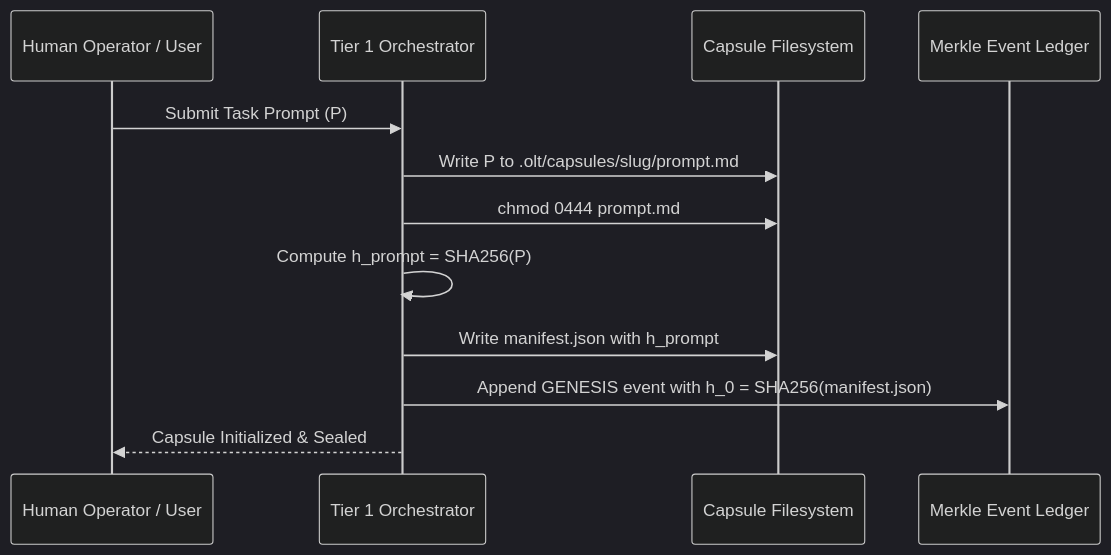
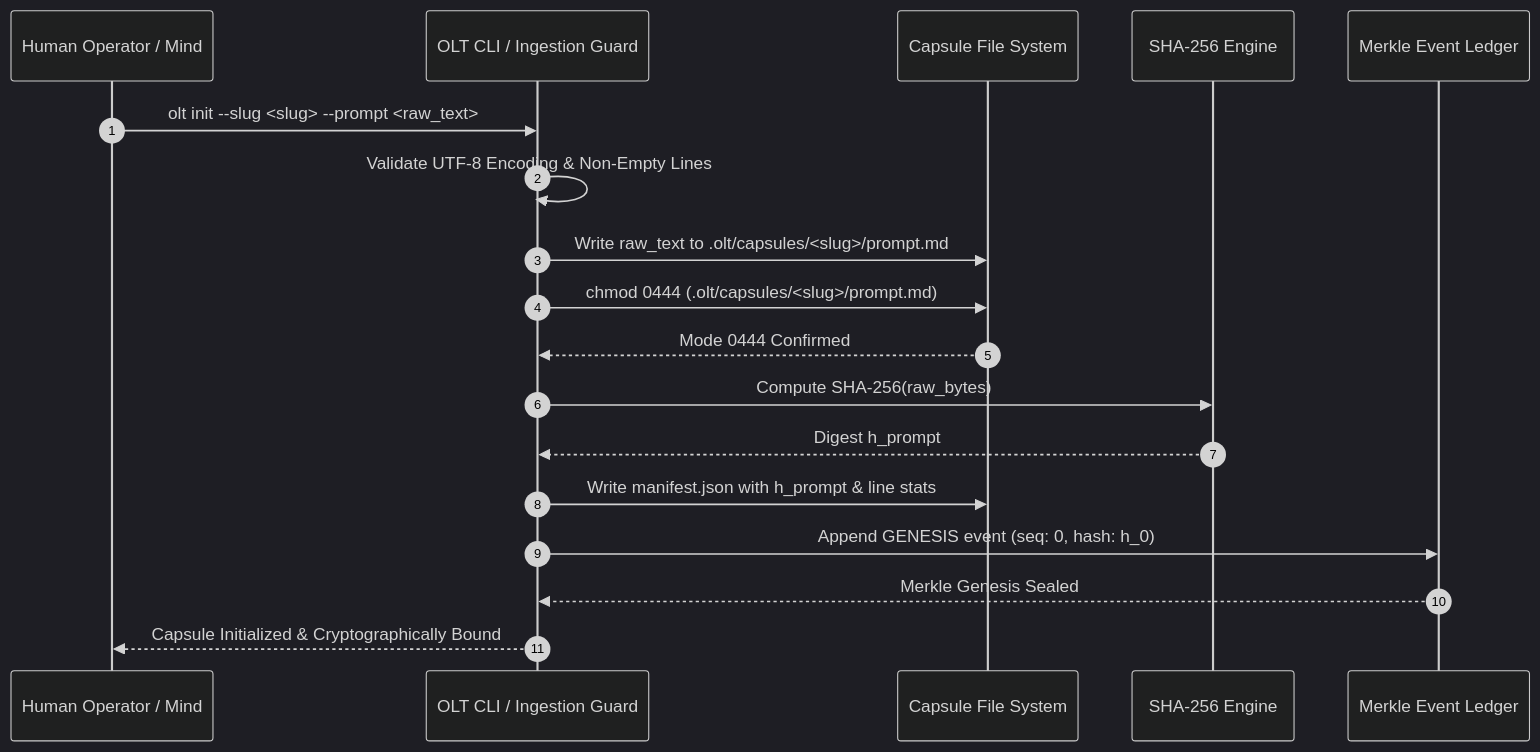
The diagram in docs/olt/architecture/04-continuous-preplanning-factory/04-01-prompt-ingestion-and-sha256-binding.md (onurseckin/skills), drawn with Mermaid (dark theme) before and after one commit. The commit also changed other lines of this file and 163 other files, not shown here.

````diff
--- a/docs/olt/architecture/04-continuous-preplanning-factory/04-01-prompt-ingestion-and-sha256-binding.md
+++ b/docs/olt/architecture/04-continuous-preplanning-factory/04-01-prompt-ingestion-and-sha256-binding.md
@@ -58,15 +119,21 @@
 ```mermaid
 sequenceDiagram
-    participant User as Human Operator / User
-    participant Orch as Tier 1 Orchestrator
-    participant FS as Capsule Filesystem
+    autonumber
+    participant User as Human Operator / Mind
+    participant CLI as OLT CLI / Ingestion Guard
+    participant FS as Capsule File System
+    participant Hash as SHA-256 Engine
     participant Ledger as Merkle Event Ledger
 
-    User->>Orch: Submit Task Prompt (P)
-    Orch->>FS: Write P to .olt/capsules/slug/prompt.md
-    Orch->>FS: chmod 0444 prompt.md
-    Orch->>Orch: Compute h_prompt = SHA256(P)
-    Orch->>FS: Write manifest.json with h_prompt
-    Orch->>Ledger: Append GENESIS event with h_0 = SHA256(manifest.json)
-    Orch-->>User: Capsule Initialized & Sealed
+    User->>CLI: olt init --slug <slug> --prompt <raw_text>
+    CLI->>CLI: Validate UTF-8 Encoding & Non-Empty Lines
+    CLI->>FS: Write raw_text to .olt/capsules/<slug>/prompt.md
+    CLI->>FS: chmod 0444 (.olt/capsules/<slug>/prompt.md)
+    FS-->>CLI: Mode 0444 Confirmed
+    CLI->>Hash: Compute SHA-256(raw_bytes)
+    Hash-->>CLI: Digest h_prompt
+    CLI->>FS: Write manifest.json with h_prompt & line stats
+    CLI->>Ledger: Append GENESIS event (seq: 0, hash: h_0)
+    Ledger-->>CLI: Merkle Genesis Sealed
+    CLI-->>User: Capsule Initialized & Cryptographically Bound
 ```
````
